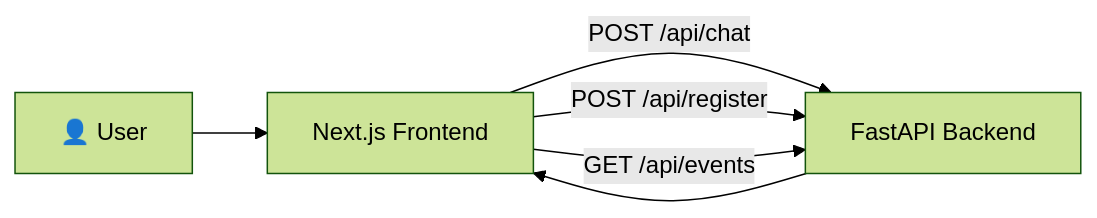
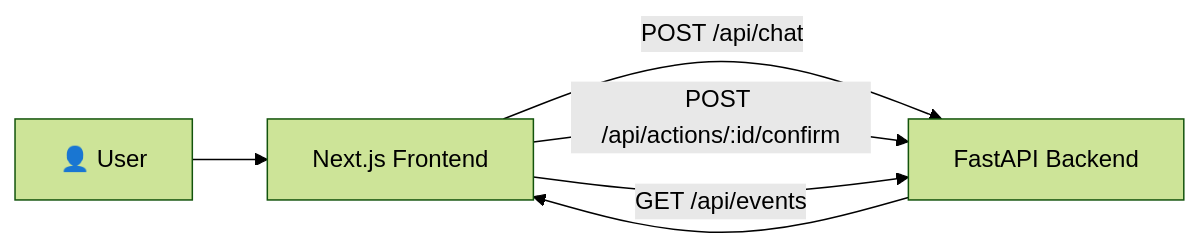
One commit to varunaditya27/campus-copilot changed the diagram in frontend/README.md. Above: the diagram before and after it, drawn with Mermaid (forest theme). The commit also changed other lines of this file and 28 other files, not shown here.

````diff
--- a/frontend/README.md
+++ b/frontend/README.md
@@ -60,8 +60,8 @@
 ```mermaid
 flowchart LR
     U[👤 User] --> UI[Next.js Frontend]
     UI -->|POST /api/chat| API[FastAPI Backend]
-    UI -->|POST /api/register| API
+    UI -->|POST /api/actions/:id/confirm| API
     UI -->|GET /api/events| API
     API --> UI
 ```
````
